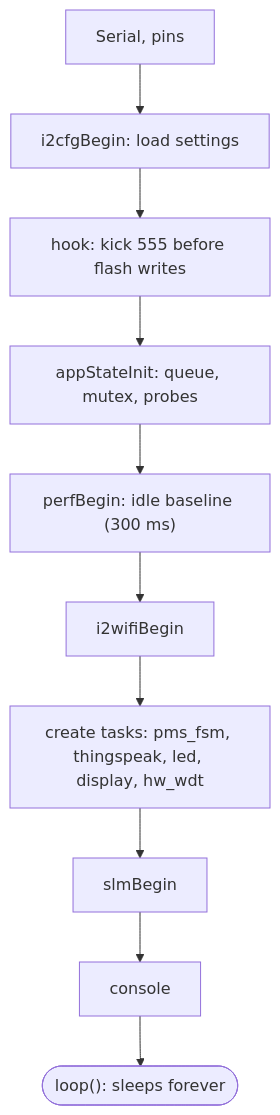
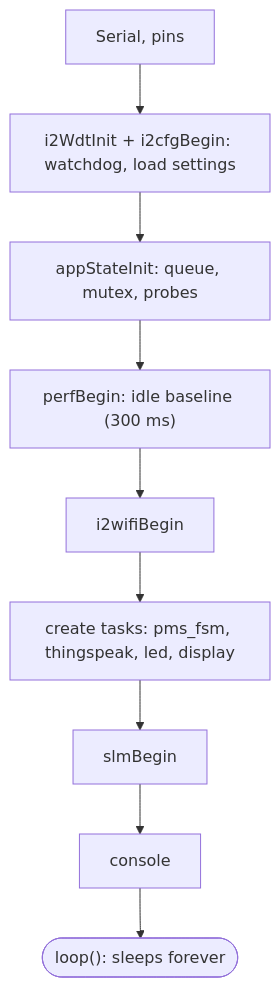
One commit to FPetkovski127/PMS_FreeRTOS changed the tenth of 12 diagrams in CODE_EXPLAINED.md. Above: the diagram before and after it, drawn with Mermaid. The commit also changed other lines of this file and 13 other files, not shown here.

````diff
--- a/CODE_EXPLAINED.md
+++ b/CODE_EXPLAINED.md
@@ -415,12 +410,11 @@
 ```mermaid
 flowchart TD
-  A["Serial, pins"] --> B["i2cfgBegin: load settings"]
-  B --> C["hook: kick 555 before flash writes"]
-  C --> D["appStateInit: queue, mutex, probes"]
+  A["Serial, pins"] --> B["i2WdtInit + i2cfgBegin: watchdog, load settings"]
+  B --> D["appStateInit: queue, mutex, probes"]
   D --> E["perfBegin: idle baseline (300 ms)"]
   E --> F["i2wifiBegin"]
-  F --> G["create tasks: pms_fsm, thingspeak, led, display, hw_wdt"]
+  F --> G["create tasks: pms_fsm, thingspeak, led, display"]
   G --> H["slmBegin"]
   H --> I["console"]
   I --> J(["loop(): sleeps forever"])
 ```
````
